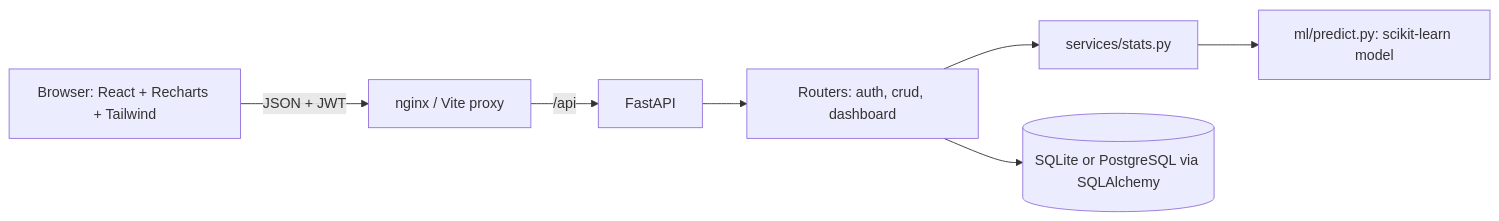
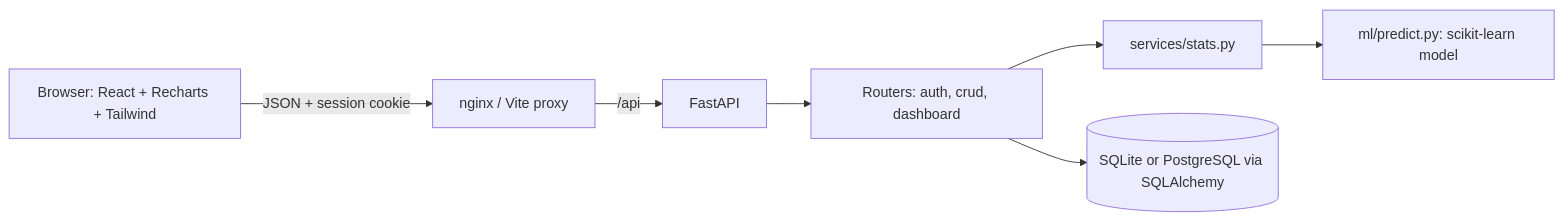
One commit to sohamrt-labs/Worktime-Scheduling-Dashboard changed the diagram in README.md. Above: the diagram before and after it, drawn with Mermaid. The commit also changed other lines of this file, not shown here.

````diff
--- a/README.md
+++ b/README.md
@@ -27,9 +27,9 @@
 ```mermaid
 flowchart LR
-  B[Browser: React + Recharts + Tailwind] -->|JSON + JWT| N[nginx / Vite proxy]
+  B[Browser: React + Recharts + Tailwind] -->|JSON + session cookie| N[nginx / Vite proxy]
   N -->|/api| A[FastAPI]
   A --> R[Routers: auth, crud, dashboard]
   R --> S[services/stats.py]
   S --> M[ml/predict.py: scikit-learn model]
   R --> D[(SQLite or PostgreSQL via SQLAlchemy)]
 ```
````
